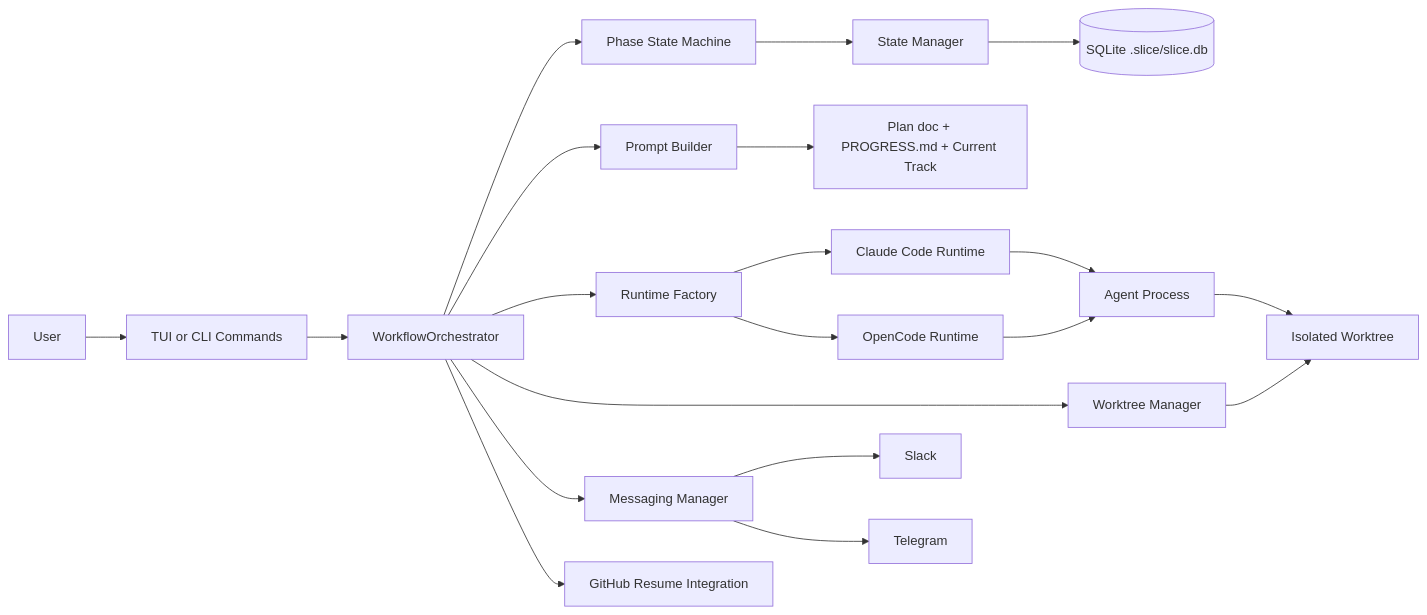
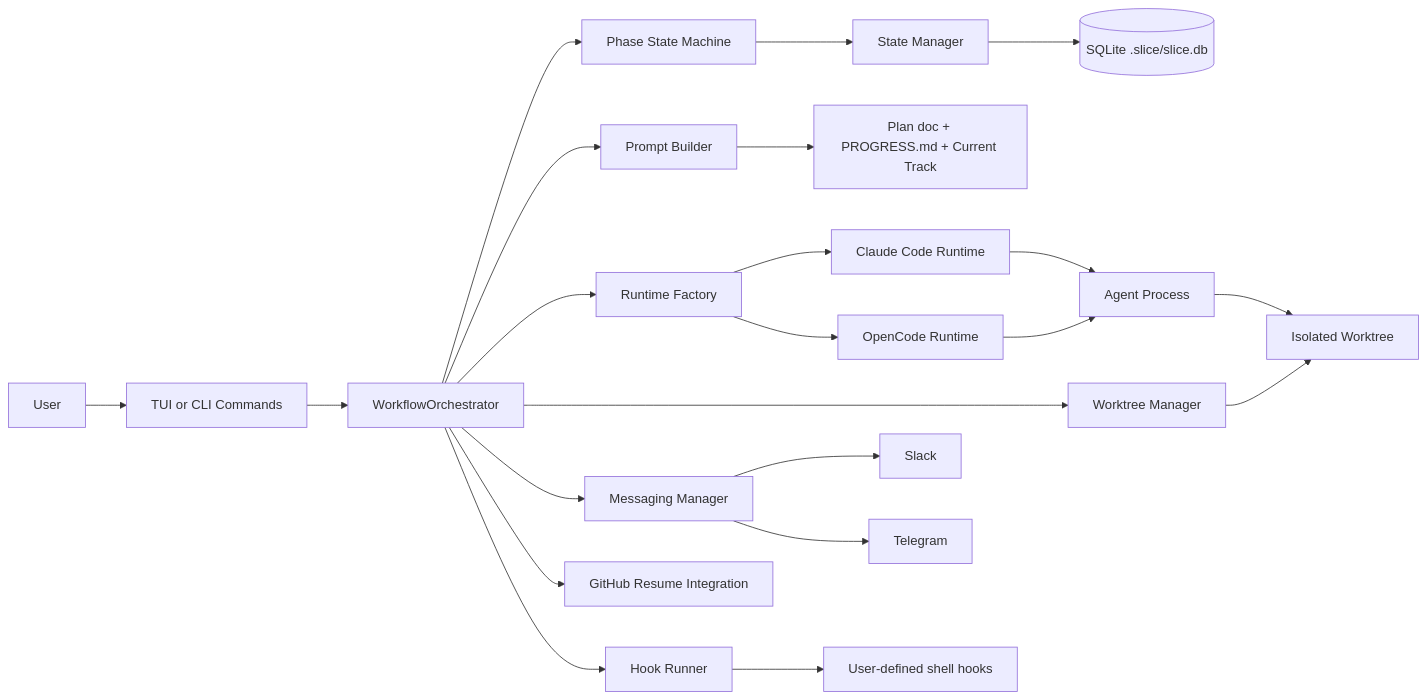
The first of 7 diagrams in docs/architecture.md (jcospina/slice-workflow), drawn with Mermaid before and after one commit. The commit also changed other lines of this file and 7 other files, not shown here.

````diff
--- a/docs/architecture.md
+++ b/docs/architecture.md
@@ -16,29 +16,31 @@
 ```mermaid
 flowchart LR
     U[User] --> TUI[TUI or CLI Commands]
     TUI --> ORCH[WorkflowOrchestrator]
 
     ORCH --> SM[Phase State Machine]
     ORCH --> PM[Prompt Builder]
     ORCH --> RTF[Runtime Factory]
     ORCH --> WTM[Worktree Manager]
     ORCH --> MSG[Messaging Manager]
     ORCH --> GH[GitHub Resume Integration]
 
     SM --> STM[State Manager]
     STM --> DB[(SQLite .slice/slice.db)]
 
     PM --> FSCTX[Plan doc + PROGRESS.md + Current Track]
 
     RTF --> CCR[Claude Code Runtime]
     RTF --> OCR[OpenCode Runtime]
 
     CCR --> AGENT[Agent Process]
     OCR --> AGENT
 
     WTM --> WT[Isolated Worktree]
     AGENT --> WT
 
     MSG --> SLACK[Slack]
     MSG --> TG[Telegram]
+    ORCH --> HK[Hook Runner]
+    HK --> HOOKS[User-defined shell hooks]
 ```
````
